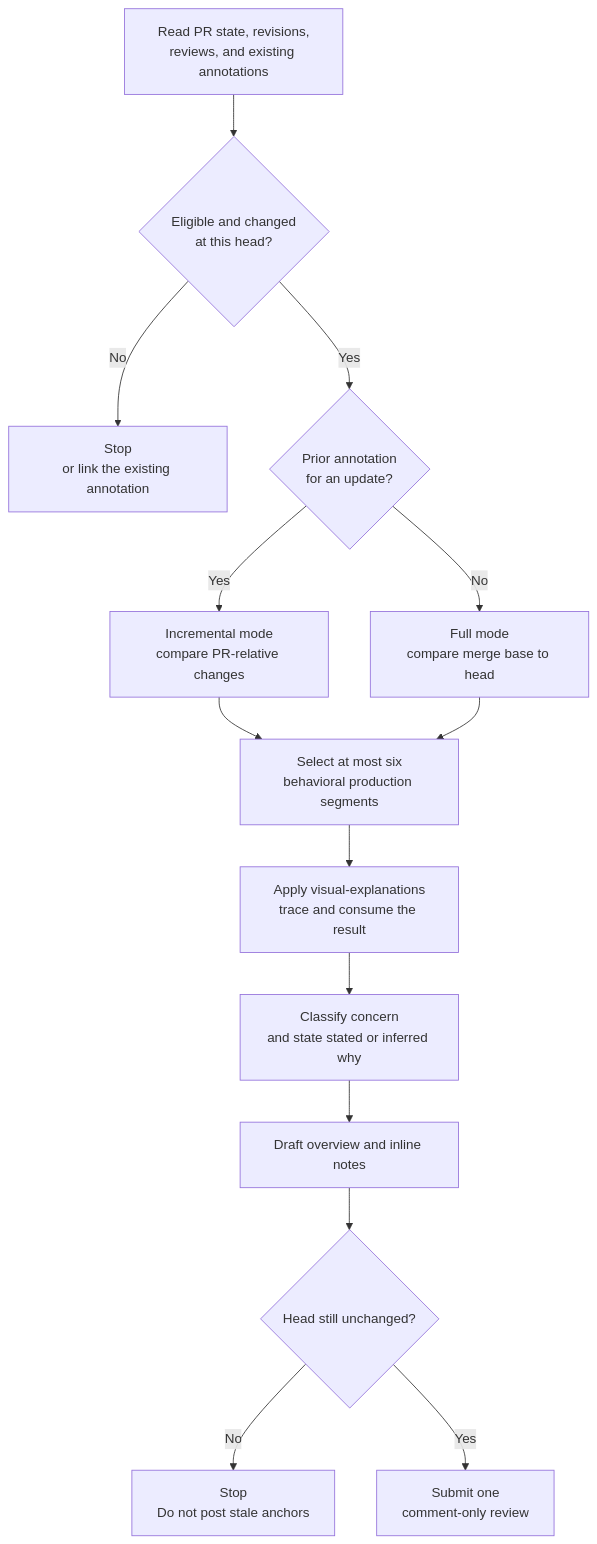
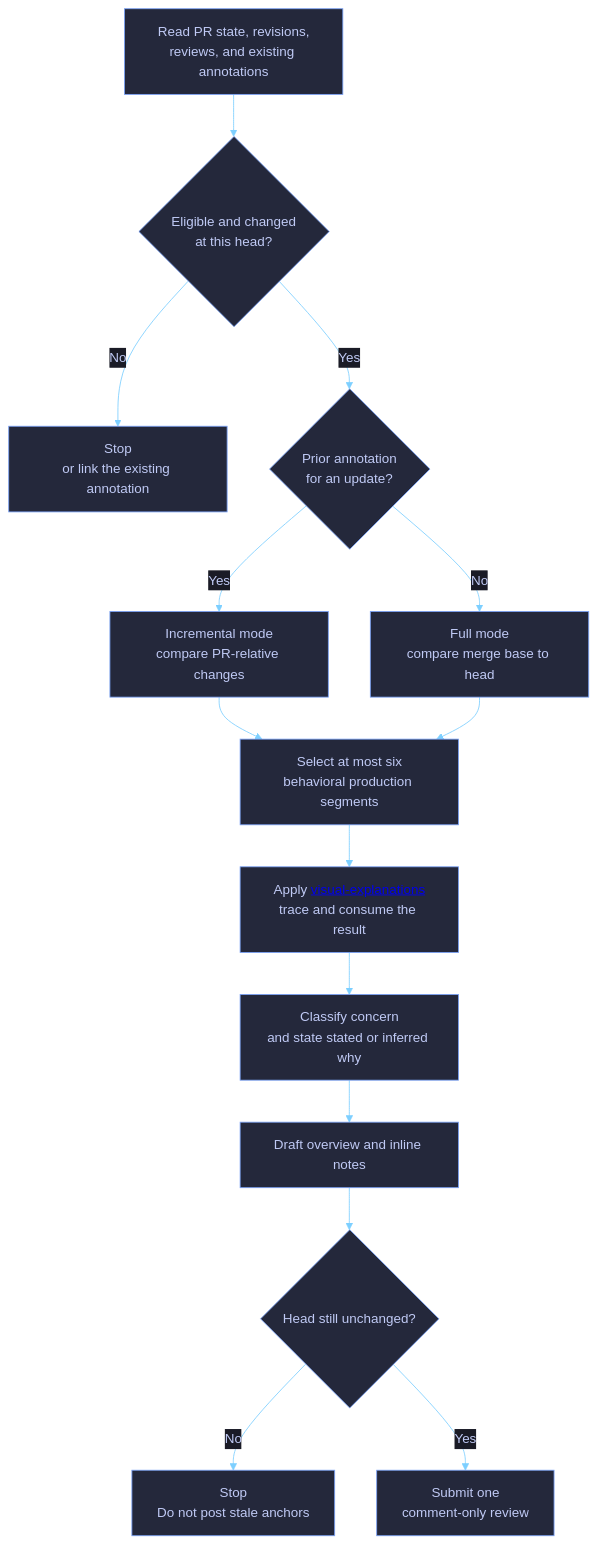
The diagram in docs/skill-workflows/pr-annotations.md (dvo-dev/copilot-guidance), drawn with Mermaid before and after one commit. The commit also changed 10 other files, not shown here.

Commit message:
Theme workflow diagrams and fix skill links

````diff
--- a/docs/skill-workflows/pr-annotations.md
+++ b/docs/skill-workflows/pr-annotations.md
@@ -14,18 +14,18 @@
 ```mermaid
+%%{init: {"theme":"base","themeVariables":{"background":"#1a1b26","primaryColor":"#24283b","primaryTextColor":"#c0caf5","primaryBorderColor":"#7aa2f7","secondaryColor":"#1f2335","secondaryTextColor":"#c0caf5","secondaryBorderColor":"#bb9af7","tertiaryColor":"#16161e","tertiaryTextColor":"#c0caf5","tertiaryBorderColor":"#7dcfff","lineColor":"#7dcfff","textColor":"#c0caf5","mainBkg":"#24283b","nodeBorder":"#7aa2f7","clusterBkg":"#16161e","clusterBorder":"#565f89","defaultLinkColor":"#7dcfff","edgeLabelBackground":"#1a1b26","titleColor":"#bb9af7","fontFamily":"ui-monospace, SFMono-Regular, Menlo, Monaco, Consolas, Liberation Mono, monospace"},"flowchart":{"curve":"basis","htmlLabels":true}}}%%
 flowchart TD
     A["Read PR state, revisions,<br/>reviews, and existing annotations"] --> B{"Eligible and changed<br/>at this head?"}
     B -->|No| C["Stop<br/>or link the existing annotation"]
     B -->|Yes| D{"Prior annotation<br/>for an update?"}
     D -->|Yes| E["Incremental mode<br/>compare PR-relative changes"]
     D -->|No| F["Full mode<br/>compare merge base to head"]
     E --> G["Select at most six<br/>behavioral production segments"]
     F --> G
-    G --> H["Apply visual-explanations<br/>trace and consume the result"]
+    G --> H["Apply <a href='visual-explanations.md'>visual-explanations</a><br/>trace and consume the result"]
     H --> I["Classify concern<br/>and state stated or inferred why"]
     I --> J["Draft overview and inline notes"]
     J --> K{"Head still unchanged?"}
     K -->|No| L["Stop<br/>Do not post stale anchors"]
     K -->|Yes| M["Submit one<br/>comment-only review"]
 
-    click H href "visual-explanations.md" "Open the visual-explanations workflow"
 ```
````
